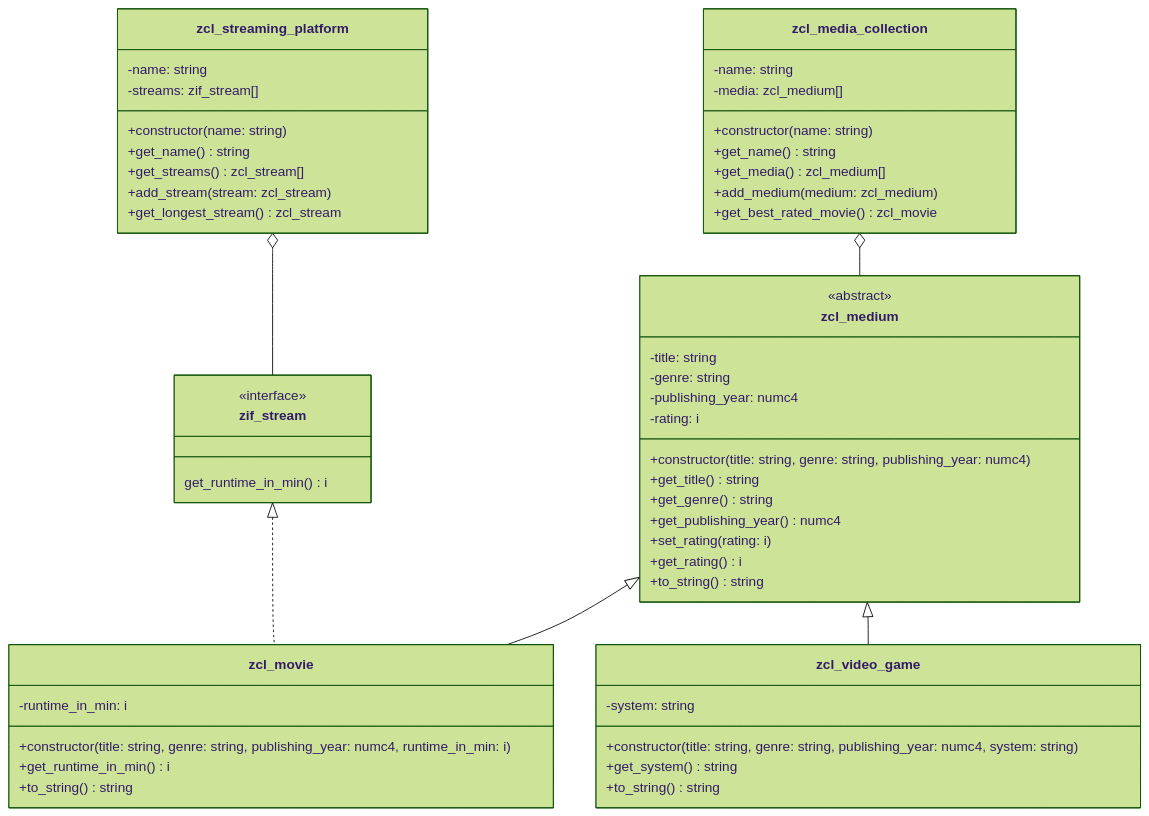
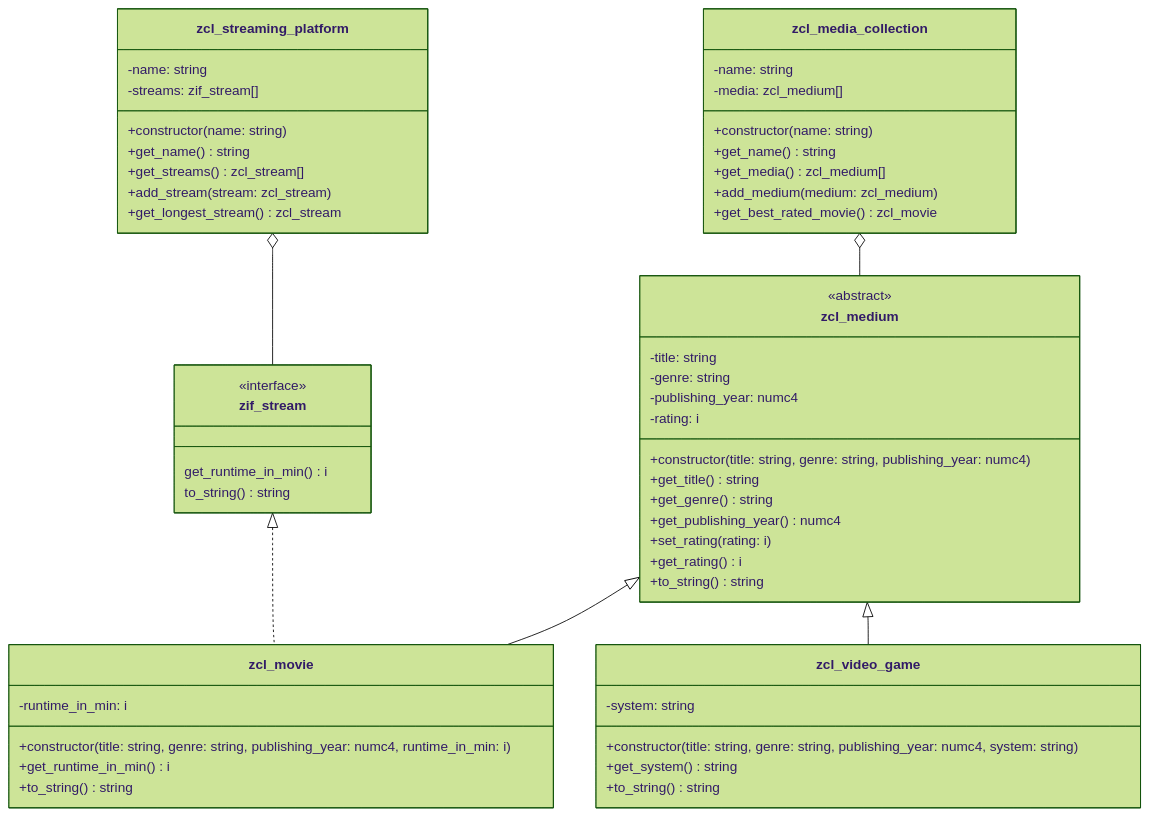
One commit to appenmaier/s4hana changed the diagram in docs/exercises/abap-objects/abap-objects-08.md. Above: the diagram before and after it, drawn with Mermaid (forest theme).

````diff
--- a/docs/exercises/abap-objects/abap-objects-08.md
+++ b/docs/exercises/abap-objects/abap-objects-08.md
@@ -16,62 +16,63 @@
 ```mermaid
 classDiagram
    zif_stream <|.. zcl_movie
    zcl_streaming_platform o-- zif_stream
    zcl_media_collection o-- zcl_medium
    zcl_medium <|-- zcl_movie
    zcl_medium <|-- zcl_video_game
 
    class zcl_medium {
       <<abstract>>
       -title: string
       -genre: string
       -publishing_year: numc4
       -rating: i
       +constructor(title: string, genre: string, publishing_year: numc4)
       +get_title() string      
       +get_genre() string      
       +get_publishing_year() numc4
       +set_rating(rating: i)
       +get_rating() i
       +to_string() string
    }
 
    class zcl_movie {
       -runtime_in_min: i
       +constructor(title: string, genre: string, publishing_year: numc4, runtime_in_min: i)
       +get_runtime_in_min() i
       +to_string() string
    }
 
    class zcl_video_game {
       -system: string
       +constructor(title: string, genre: string, publishing_year: numc4, system: string)
       +get_system() string
       +to_string() string
    }
 
    class zcl_media_collection {
       -name: string
       -media: zcl_medium[]
       +constructor(name: string)
       +get_name() string
       +get_media() zcl_medium[]
       +add_medium(medium: zcl_medium)
       +get_best_rated_movie() zcl_movie
    }
 
    class zif_stream {
       <<interface>>
       get_runtime_in_min() i
+      to_string() string
    }
 
    class zcl_streaming_platform {
       -name: string
       -streams: zif_stream[]
       +constructor(name: string)
       +get_name() string
       +get_streams() zcl_stream[]
       +add_stream(stream: zcl_stream)
       +get_longest_stream() zcl_stream
    }
 ```
````
